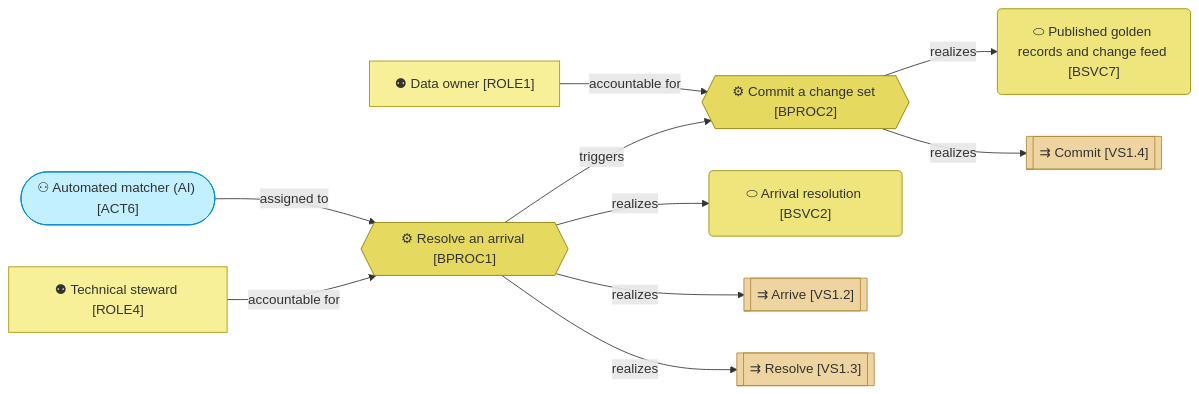
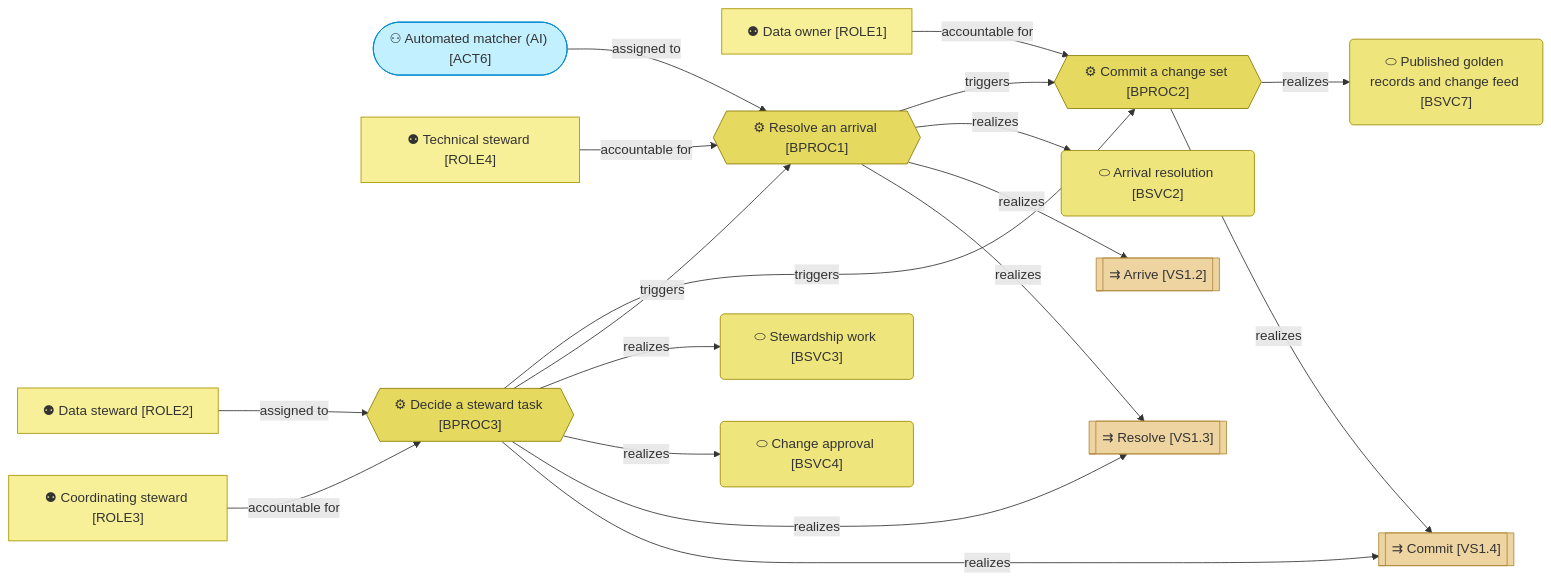
Before and after one commit to roanboc/dbx-master-data-manager: the first of 2 diagrams in architecture/2_business/3_business-processes.md, drawn with Mermaid. The commit also changed other lines of this file and 43 other files, not shown here.

````diff
--- a/architecture/2_business/3_business-processes.md
+++ b/architecture/2_business/3_business-processes.md
@@ -11,29 +11,42 @@
 ```mermaid
 flowchart LR
   act6(["⚇ Automated matcher (AI) [ACT6]"]):::actorAI
   role4["⚉ Technical steward [ROLE4]"]:::role
   role1["⚉ Data owner [ROLE1]"]:::role
+  role2["⚉ Data steward [ROLE2]"]:::role
+  role3["⚉ Coordinating steward [ROLE3]"]:::role
   bproc1{{"⚙ Resolve an arrival [BPROC1]"}}:::process
   bproc2{{"⚙ Commit a change set [BPROC2]"}}:::process
+  bproc3{{"⚙ Decide a steward task [BPROC3]"}}:::process
   bsvc2("⬭ Arrival resolution [BSVC2]"):::service
+  bsvc3("⬭ Stewardship work [BSVC3]"):::service
+  bsvc4("⬭ Change approval [BSVC4]"):::service
   bsvc7("⬭ Published golden records and change feed [BSVC7]"):::service
   vs1_2[["⇉ Arrive [VS1.2]"]]:::stage
   vs1_3[["⇉ Resolve [VS1.3]"]]:::stage
   vs1_4[["⇉ Commit [VS1.4]"]]:::stage
 
   act6 -->|assigned to| bproc1
   role4 -->|accountable for| bproc1
   role1 -->|accountable for| bproc2
+  role2 -->|assigned to| bproc3
+  role3 -->|accountable for| bproc3
   bproc1 -->|triggers| bproc2
+  bproc3 -->|triggers| bproc2
+  bproc3 -->|triggers| bproc1
   bproc1 -->|realizes| bsvc2
   bproc2 -->|realizes| bsvc7
+  bproc3 -->|realizes| bsvc3
+  bproc3 -->|realizes| bsvc4
   bproc1 -->|realizes| vs1_2
   bproc1 -->|realizes| vs1_3
   bproc2 -->|realizes| vs1_4
+  bproc3 -->|realizes| vs1_3
+  bproc3 -->|realizes| vs1_4
 
   classDef actorAI fill:#c2f0ff,stroke:#0288d1,color:#333
   classDef role fill:#f7f099,stroke:#a89400,color:#333
   classDef process fill:#e5d95f,stroke:#8a7a00,color:#333
   classDef service fill:#efe57d,stroke:#9c8a00,color:#333
   classDef stage fill:#eed4a0,stroke:#b08a3a,color:#333
 ```
````
